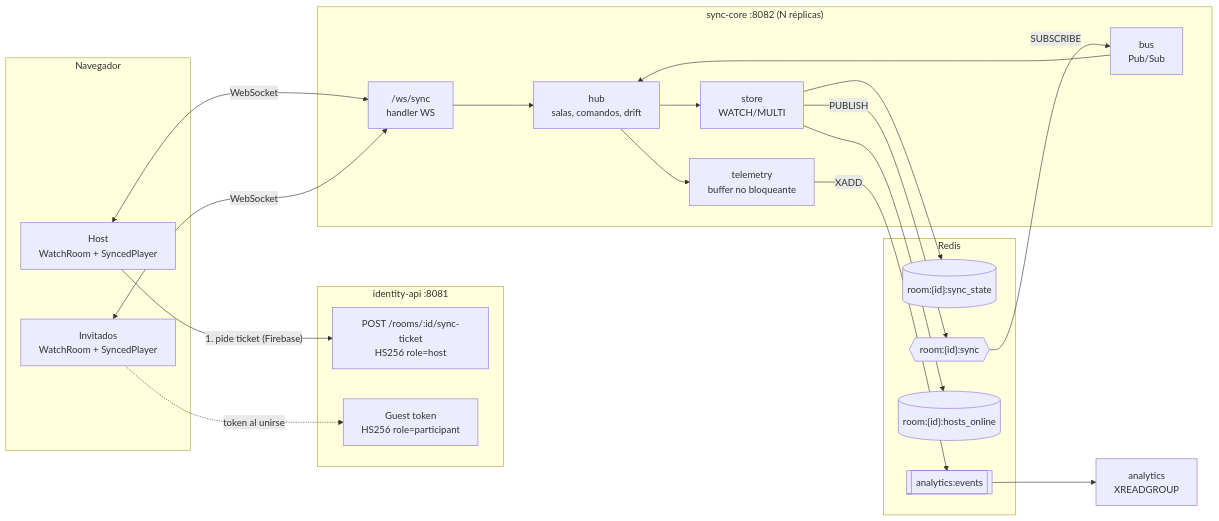
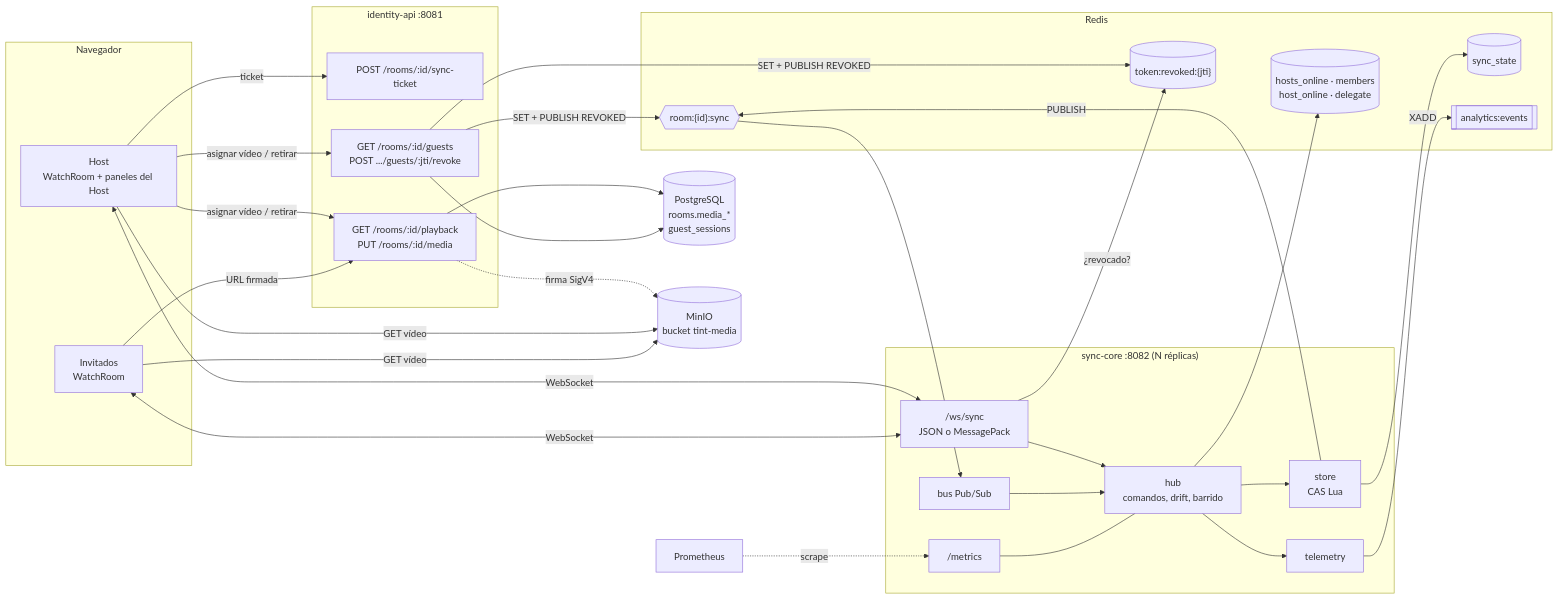
Before and after one commit to N1ghtlyC0de/TINT: the second of 17 diagrams in docs/dominio-reproduccion.md, drawn with Mermaid. The commit also changed other lines of this file and 2 other files, not shown here.

First line of the commit message:
docs(sync-core): Canal Sync v2 en la documentación del dominio

````diff
--- a/docs/dominio-reproduccion.md
+++ b/docs/dominio-reproduccion.md
@@ -89,44 +163,55 @@
 ```mermaid
 flowchart LR
     subgraph Navegador
-        H["Host<br/>WatchRoom + SyncedPlayer"]
-        G["Invitados<br/>WatchRoom + SyncedPlayer"]
+        H["Host<br/>WatchRoom + paneles del Host"]
+        G["Invitados<br/>WatchRoom"]
     end
 
     subgraph identity["identity-api :8081"]
-        T["POST /rooms/:id/sync-ticket<br/>HS256 role=host"]
-        GT["Guest token<br/>HS256 role=participant"]
+        T["POST /rooms/:id/sync-ticket"]
+        PB["GET /rooms/:id/playback<br/>PUT /rooms/:id/media"]
+        GS["GET /rooms/:id/guests<br/>POST .../guests/:jti/revoke"]
     end
 
+    PG[("PostgreSQL<br/>rooms.media_*<br/>guest_sessions")]
+    MI[("MinIO<br/>bucket tint-media")]
+
     subgraph sync["sync-core :8082 (N réplicas)"]
-        WS["/ws/sync<br/>handler WS"]
-        HUB["hub<br/>salas, comandos, drift"]
-        ST["store<br/>WATCH/MULTI"]
-        BUS["bus<br/>Pub/Sub"]
-        TEL["telemetry<br/>buffer no bloqueante"]
+        WS["/ws/sync<br/>JSON o MessagePack"]
+        HUB["hub<br/>comandos, drift, barrido"]
+        ST["store<br/>CAS Lua"]
+        BUS["bus Pub/Sub"]
+        TEL["telemetry"]
+        MET["/metrics"]
     end
 
     subgraph redis["Redis"]
-        S[("room:{id}:sync_state")]
+        S[("sync_state")]
         P{{"room:{id}:sync"}}
-        Z[("room:{id}:hosts_online")]
+        Z[("hosts_online · members<br/>host_online · delegate")]
+        RV[("token:revoked:{jti}")]
         A[["analytics:events"]]
     end
 
-    AN["analytics<br/>XREADGROUP"]
+    PROM["Prometheus"]
 
-    H -- "1. pide ticket (Firebase)" --> T
-    G -. "token al unirse" .-> GT
-    H <-- "WebSocket" --> WS
-    G <-- "WebSocket" --> WS
-    WS --> HUB
-    HUB --> ST
-    HUB --> TEL
+    H -- "ticket" --> T
+    H -- "asignar vídeo / retirar" --> PB & GS
+    G -- "URL firmada" --> PB
+    PB --> PG
+    GS --> PG
+    PB -. "firma SigV4" .-> MI
+    H & G -- "GET vídeo" --> MI
+    H <-- WebSocket --> WS
+    G <-- WebSocket --> WS
+    WS --> HUB --> ST
     ST --> S
     ST -- PUBLISH --> P
-    ST --> Z
-    P -- SUBSCRIBE --> BUS
-    BUS --> HUB
-    TEL -- XADD --> A
-    A --> AN
+    HUB --> Z
+    GS -- "SET + PUBLISH REVOKED" --> RV & P
+    WS -- "¿revocado?" --> RV
+    P --> BUS --> HUB
+    HUB --> TEL -- XADD --> A
+    MET --- HUB
+    PROM -. scrape .-> MET
 ```
````
